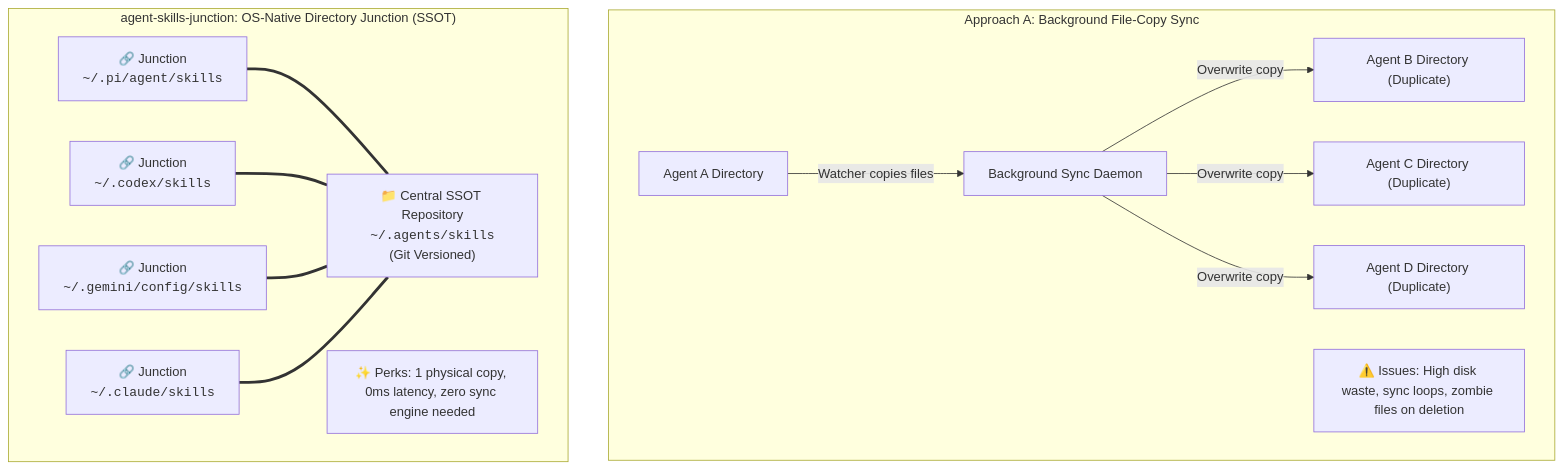
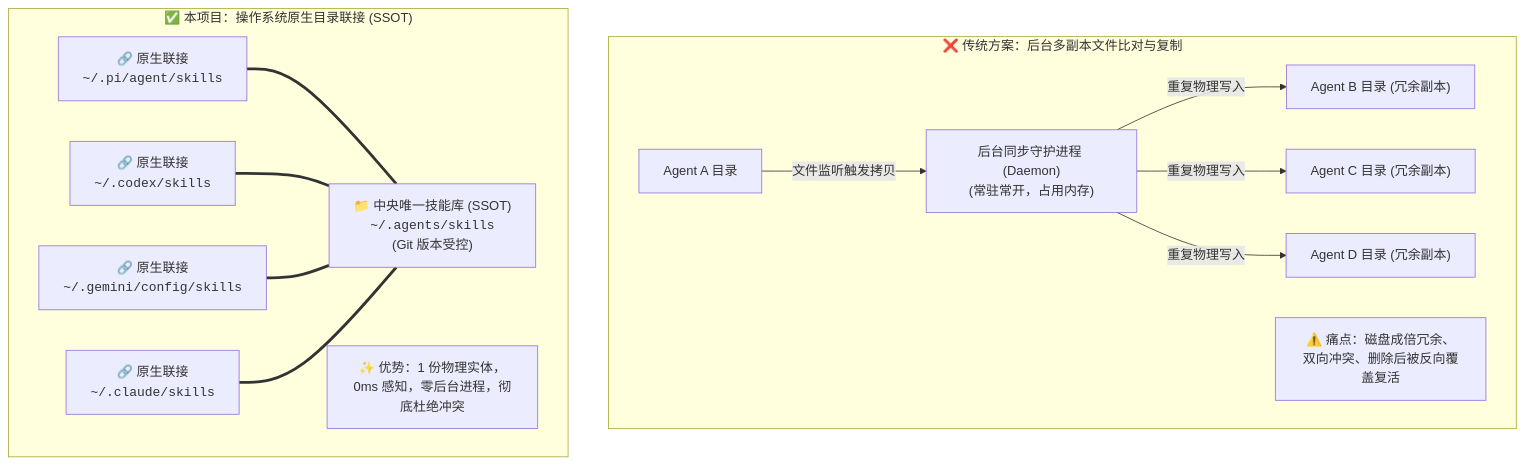
Before and after one commit to tanfeng13545/agent-skills-junction: the diagram in README.md, drawn with Mermaid. The commit also changed other lines of this file and 2 other files, not shown here.

````diff
--- a/README.md
+++ b/README.md
@@ -64,19 +50,19 @@
 ```mermaid
 flowchart TB
-    subgraph Bad["Approach A: Background File-Copy Sync"]
-        S1["Agent A Directory"] -- "Watcher copies files" --> Daemon["Background Sync Daemon"]
-        Daemon -- "Overwrite copy" --> S2["Agent B Directory (Duplicate)"]
-        Daemon -- "Overwrite copy" --> S3["Agent C Directory (Duplicate)"]
-        Daemon -- "Overwrite copy" --> S4["Agent D Directory (Duplicate)"]
-        Note1["⚠️ Issues: High disk waste, sync loops, zombie files on deletion"]
+    subgraph Bad["❌ 传统方案：后台多副本文件比对与复制"]
+        S1["Agent A 目录"] -- "文件监听触发拷贝" --> Daemon["后台同步守护进程 (Daemon)<br/>(常驻常开，占用内存)"]
+        Daemon -- "重复物理写入" --> S2["Agent B 目录 (冗余副本)"]
+        Daemon -- "重复物理写入" --> S3["Agent C 目录 (冗余副本)"]
+        Daemon -- "重复物理写入" --> S4["Agent D 目录 (冗余副本)"]
+        Note1["⚠️ 痛点：磁盘成倍冗余、双向冲突、删除后被反向覆盖复活"]
     end
 
-    subgraph Good["agent-skills-junction: OS-Native Directory Junction (SSOT)"]
-        Central["📁 Central SSOT Repository<br/><code>~/.agents/skills</code><br/>(Git Versioned)"]
-        J1["🔗 Junction<br/><code>~/.pi/agent/skills</code>"] === Central
-        J2["🔗 Junction<br/><code>~/.codex/skills</code>"] === Central
-        J3["🔗 Junction<br/><code>~/.gemini/config/skills</code>"] === Central
-        J4["🔗 Junction<br/><code>~/.claude/skills</code>"] === Central
-        Note2["✨ Perks: 1 physical copy, 0ms latency, zero sync engine needed"]
+    subgraph Good["✅ 本项目：操作系统原生目录联接 (SSOT)"]
+        Central["📁 中央唯一技能库 (SSOT)<br/><code>~/.agents/skills</code><br/>(Git 版本受控)"]
+        J1["🔗 原生联接<br/><code>~/.pi/agent/skills</code>"] === Central
+        J2["🔗 原生联接<br/><code>~/.codex/skills</code>"] === Central
+        J3["🔗 原生联接<br/><code>~/.gemini/config/skills</code>"] === Central
+        J4["🔗 原生联接<br/><code>~/.claude/skills</code>"] === Central
+        Note2["✨ 优势：1 份物理实体，0ms 感知，零后台进程，彻底杜绝冲突"]
     end
 ```
````
